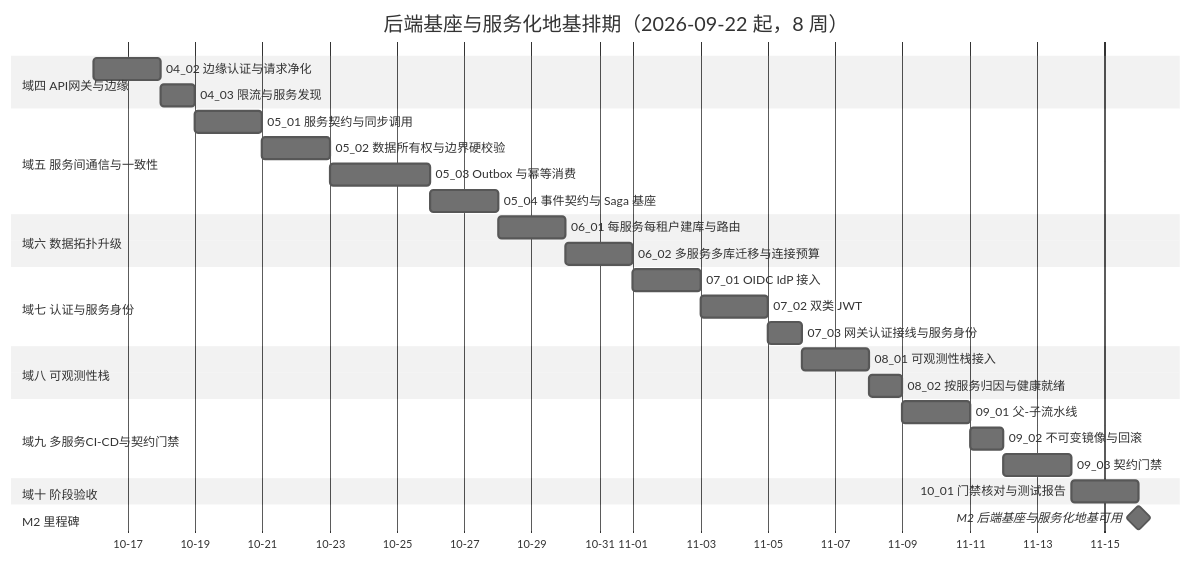
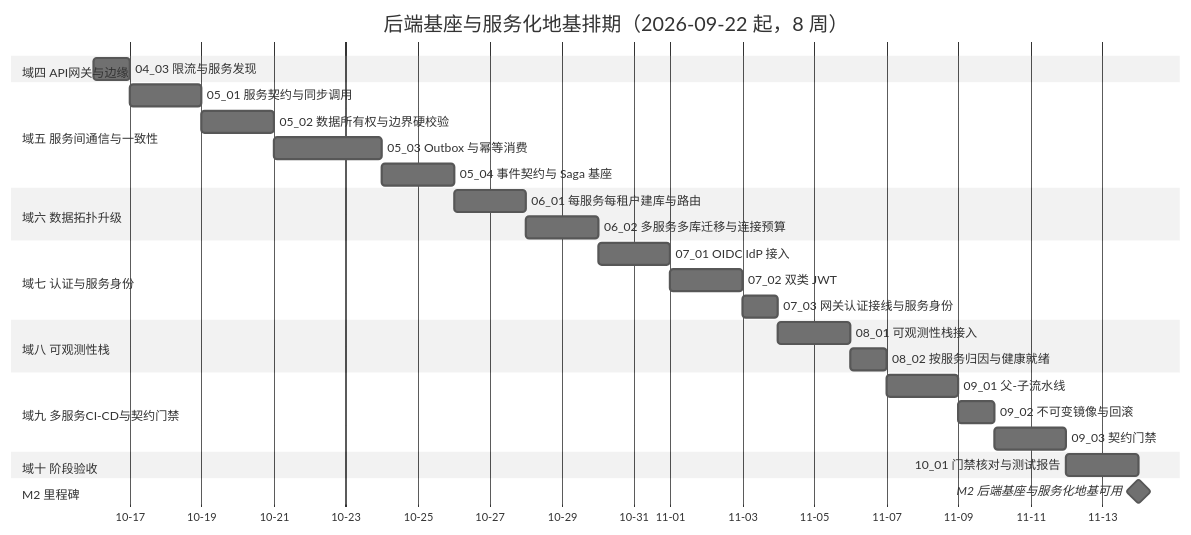
Before and after one commit to minjian123/basic-management-system: the diagram in bms文档/项目/02_后端基座与服务化地基/计划/01_计划_后端基座与服务化地基.md, drawn with Mermaid (neutral theme). The commit also changed other lines of this file and 11 other files, not shown here.

````diff
--- a/bms文档/项目/02_后端基座与服务化地基/计划/01_计划_后端基座与服务化地基.md
+++ b/bms文档/项目/02_后端基座与服务化地基/计划/01_计划_后端基座与服务化地基.md
@@ -57,32 +57,31 @@
 ```mermaid
 gantt
     title 后端基座与服务化地基排期（2026-09-22 起，8 周）
     dateFormat  YYYY-MM-DD
     axisFormat %m-%d
     section 域四 API网关与边缘
-    04_02 边缘认证与请求净化 :a0402, 2026-10-16, 2d
-    04_03 限流与服务发现 :a0403, after a0402, 1d
+    04_03 限流与服务发现 :a0403, 2026-10-16, 1d
     section 域五 服务间通信与一致性
     05_01 服务契约与同步调用 :a0501, after a0403, 2d
     05_02 数据所有权与边界硬校验 :a0502, after a0501, 2d
     05_03 Outbox 与幂等消费 :a0503, after a0502, 3d
     05_04 事件契约与 Saga 基座 :a0504, after a0503, 2d
     section 域六 数据拓扑升级
     06_01 每服务每租户建库与路由 :a0601, after a0504, 2d
     06_02 多服务多库迁移与连接预算 :a0602, after a0601, 2d
     section 域七 认证与服务身份
     07_01 OIDC IdP 接入 :a0701, after a0602, 2d
     07_02 双类 JWT :a0702, after a0701, 2d
     07_03 网关认证接线与服务身份 :a0703, after a0702, 1d
     section 域八 可观测性栈
     08_01 可观测性栈接入 :a0801, after a0703, 2d
     08_02 按服务归因与健康就绪 :a0802, after a0801, 1d
     section 域九 多服务CI-CD与契约门禁
     09_01 父-子流水线 :a0901, after a0802, 2d
     09_02 不可变镜像与回滚 :a0902, after a0901, 1d
     09_03 契约门禁 :a0903, after a0902, 2d
     section 域十 阶段验收
     10_01 门禁核对与测试报告 :a1001, after a0903, 2d
     section M2 里程碑
     M2 后端基座与服务化地基可用 :milestone, mm2, after a1001, 0d
 ```
````
